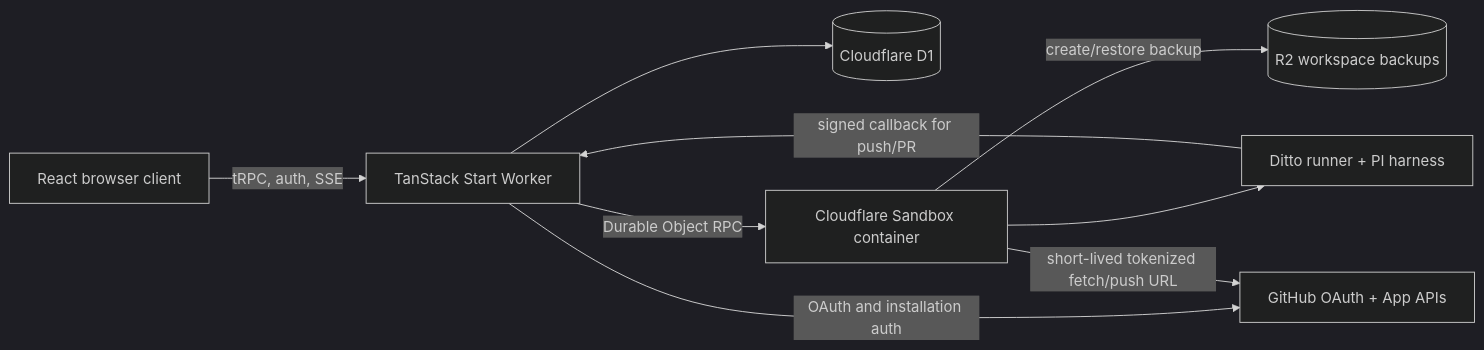
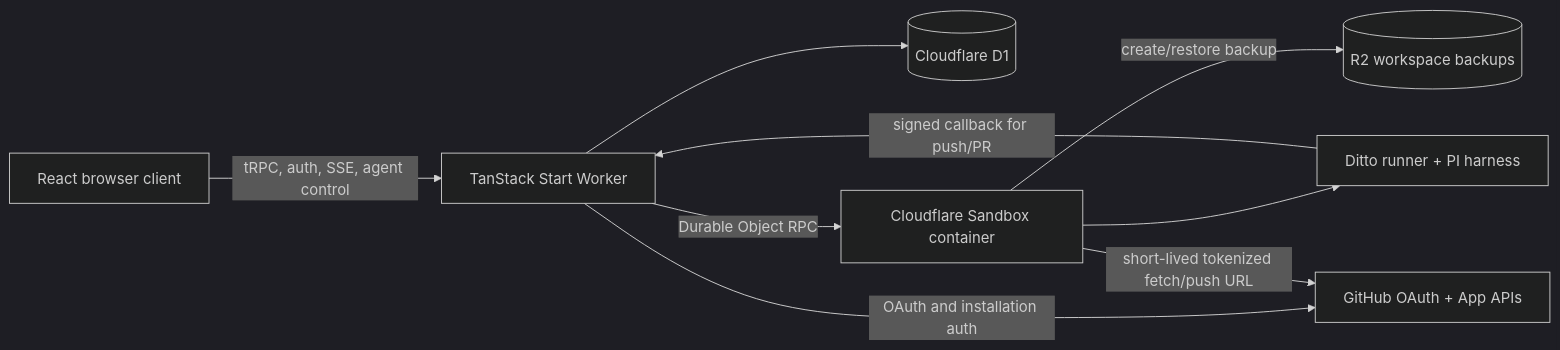
Before and after one commit to metaloozee/ditto: the diagram in docs/architecture/overview.md, drawn with Mermaid (dark theme). The commit also changed other lines of this file and 5 other files, not shown here.

````diff
--- a/docs/architecture/overview.md
+++ b/docs/architecture/overview.md
@@ -17,19 +17,19 @@
 ```mermaid
 flowchart LR
   Browser[React browser client]
   Worker[TanStack Start Worker]
   D1[(Cloudflare D1)]
   Sandbox[Cloudflare Sandbox container]
   Runner[Ditto runner + PI harness]
   R2[(R2 workspace backups)]
   GitHub[GitHub OAuth + App APIs]
 
-  Browser -->|tRPC, auth, SSE| Worker
+  Browser -->|tRPC, auth, SSE, agent control| Worker
   Worker --> D1
   Worker -->|Durable Object RPC| Sandbox
   Sandbox --> Runner
   Sandbox -->|create/restore backup| R2
   Worker -->|OAuth and installation auth| GitHub
   Sandbox -->|short-lived tokenized fetch/push URL| GitHub
   Runner -->|signed callback for push/PR| Worker
 ```
````
